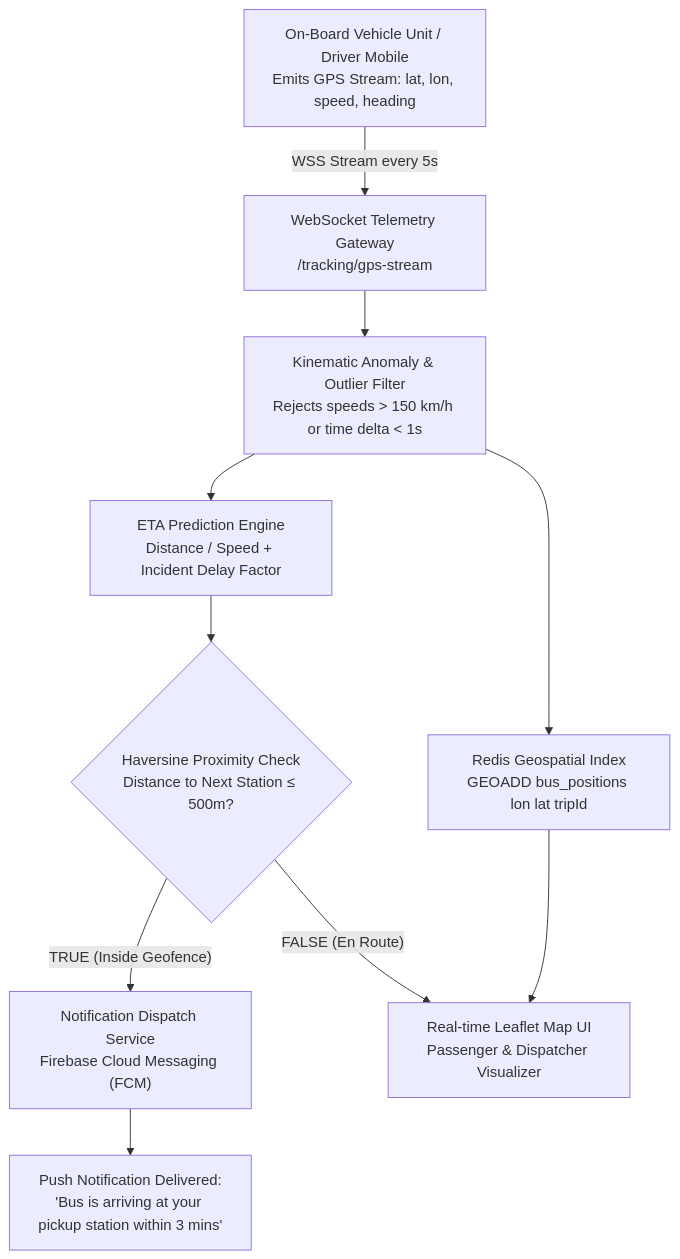
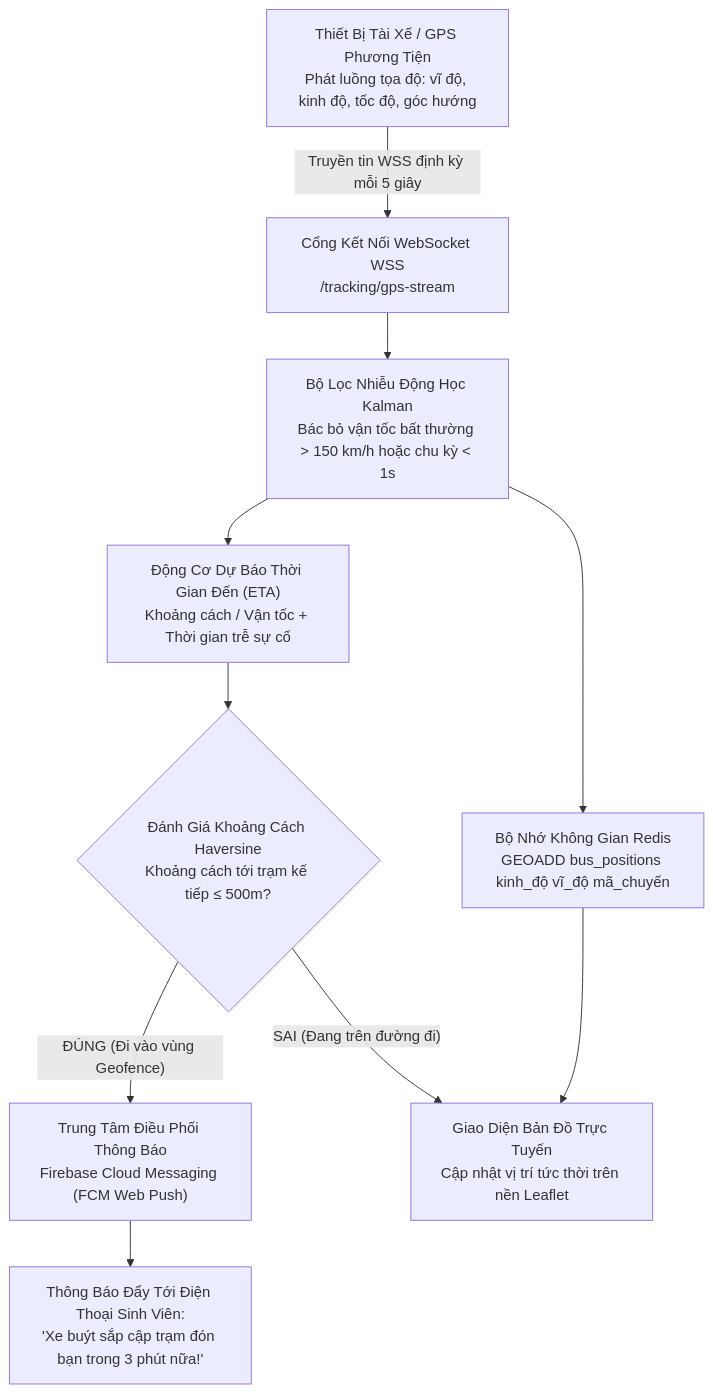
Before and after one commit to tubanhoa/QLy_V-_Xe_Bu-t_Th-ng_Minh: the fourth of 6 diagrams in README.md, drawn with Mermaid. The commit also changed other lines of this file, not shown here.

````diff
--- a/README.md
+++ b/README.md
@@ -396,24 +394,24 @@
 ```mermaid
 flowchart TD
-    OBU["On-Board Vehicle Unit / Driver Mobile<br/>Emits GPS Stream: lat, lon, speed, heading"]
-    WSS["WebSocket Telemetry Gateway<br/>/tracking/gps-stream"]
-    KinematicFilter["Kinematic Anomaly & Outlier Filter<br/>Rejects speeds > 150 km/h or time delta < 1s"]
-    RedisSpatial["Redis Geospatial Index<br/>GEOADD bus_positions lon lat tripId"]
+    ThietBiXe["Thiết Bị Tài Xế / GPS Phương Tiện<br/>Phát luồng tọa độ: vĩ độ, kinh độ, tốc độ, góc hướng"]
+    CongWSS["Cổng Kết Nối WebSocket WSS<br/>/tracking/gps-stream"]
+    BoLocNhiễu["Bộ Lọc Nhiễu Động Học Kalman<br/>Bác bỏ vận tốc bất thường > 150 km/h hoặc chu kỳ < 1s"]
+    RedisKhongGian["Bộ Nhớ Không Gian Redis<br/>GEOADD bus_positions kinh_độ vĩ_độ mã_chuyến"]
     
-    GeoEval{"Haversine Proximity Check<br/>Distance to Next Station &le; 500m?"}
-    ETAPredictor["ETA Prediction Engine<br/>Distance / Speed + Incident Delay Factor"]
-    PushTrigger["Notification Dispatch Service<br/>Firebase Cloud Messaging (FCM)"]
-    WebClient["Real-time Leaflet Map UI<br/>Passenger & Dispatcher Visualizer"]
-    PassengerAlert["Push Notification Delivered:<br/>'Bus is arriving at your pickup station within 3 mins'"]
+    KiemTraKhoangCach{"Đánh Giá Khoảng Cách Haversine<br/>Khoảng cách tới trạm kế tiếp &le; 500m?"}
+    DuDoanETA["Động Cơ Dự Báo Thời Gian Đến (ETA)<br/>Khoảng cách / Vận tốc + Thời gian trễ sự cố"]
+    PhatThongBao["Trung Tâm Điều Phối Thông Báo<br/>Firebase Cloud Messaging (FCM Web Push)"]
+    BanDoTrucTuyen["Giao Diện Bản Đồ Trực Tuyến<br/>Cập nhật vị trí tức thời trên nền Leaflet"]
+    CanhBaoHanhKhach["Thông Báo Đẩy Tới Điện Thoại Sinh Viên:<br/>'Xe buýt sắp cập trạm đón bạn trong 3 phút nữa!'"]
 
-    OBU -->|WSS Stream every 5s| WSS
-    WSS --> KinematicFilter
-    KinematicFilter --> RedisSpatial
-    RedisSpatial --> WebClient
+    ThietBiXe -->|Truyền tin WSS định kỳ mỗi 5 giây| CongWSS
+    CongWSS --> BoLocNhiễu
+    BoLocNhiễu --> RedisKhongGian
+    RedisKhongGian --> BanDoTrucTuyen
     
-    KinematicFilter --> ETAPredictor
-    ETAPredictor --> GeoEval
-    GeoEval -- "TRUE (Inside Geofence)" --> PushTrigger
-    GeoEval -- "FALSE (En Route)" --> WebClient
-    PushTrigger --> PassengerAlert
+    BoLocNhiễu --> DuDoanETA
+    DuDoanETA --> KiemTraKhoangCach
+    KiemTraKhoangCach -- "ĐÚNG (Đi vào vùng Geofence)" --> PhatThongBao
+    KiemTraKhoangCach -- "SAI (Đang trên đường đi)" --> BanDoTrucTuyen
+    PhatThongBao --> CanhBaoHanhKhach
 ```
````
